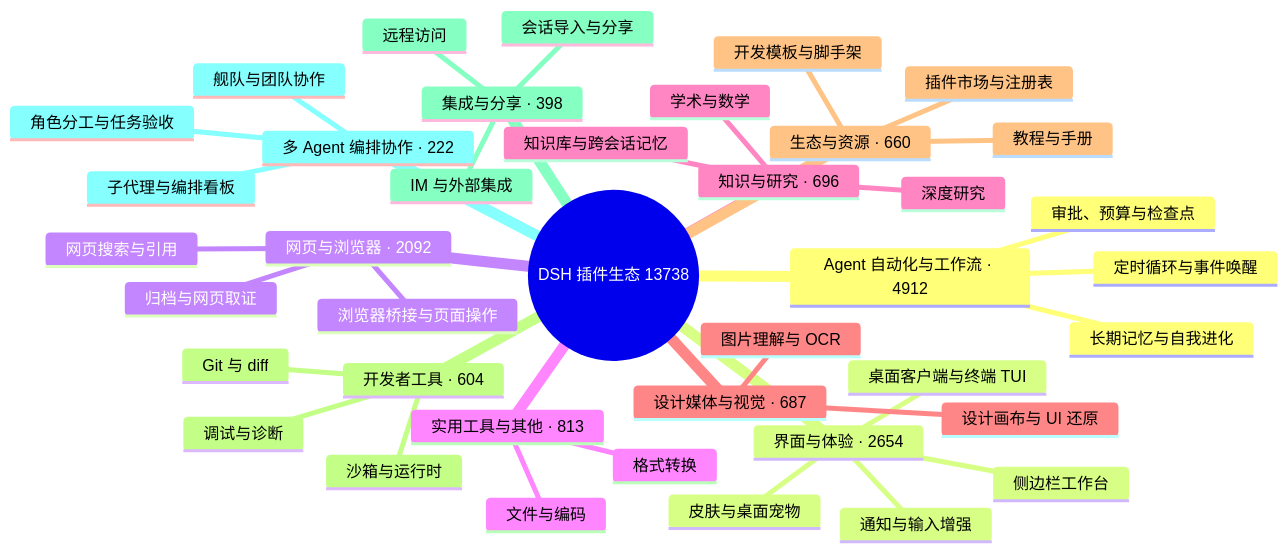
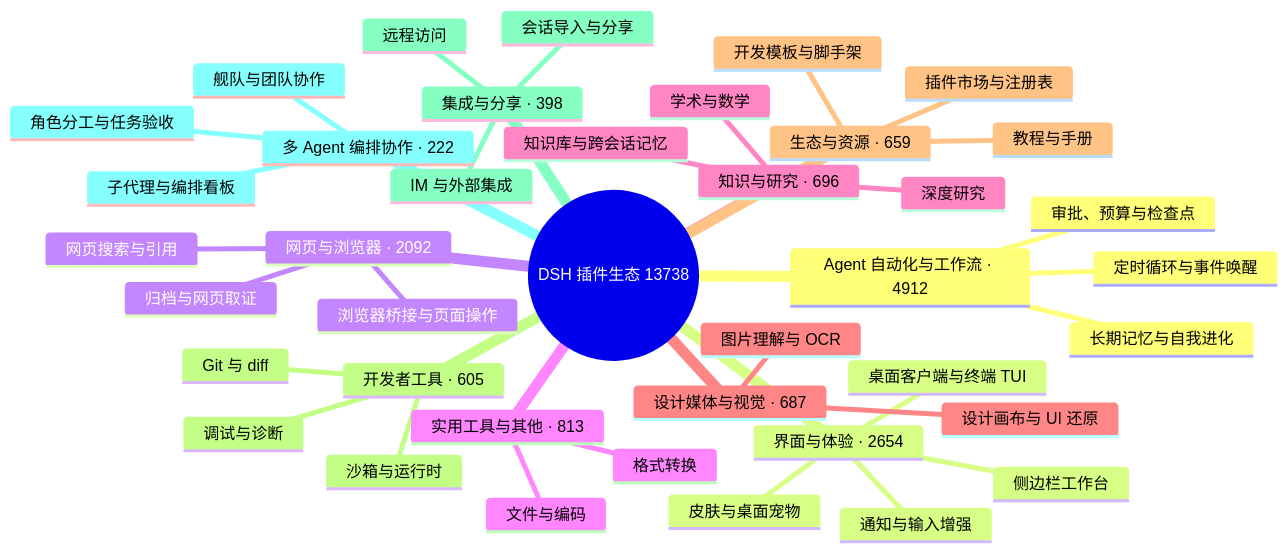
The diagram in README.md (bruc3van/awesome-dsh-plugin), drawn with Mermaid before and after one commit. The commit also changed 6 other files, not shown here.

````diff
--- a/README.md
+++ b/README.md
@@ -32,43 +32,43 @@
 ```mermaid
 mindmap
   root((DSH 插件生态 13738))
     Agent 自动化与工作流 · 4912
       定时循环与事件唤醒
       长期记忆与自我进化
       审批、预算与检查点
     界面与体验 · 2654
       桌面客户端与终端 TUI
       侧边栏工作台
       皮肤与桌面宠物
       通知与输入增强
     网页与浏览器 · 2092
       浏览器桥接与页面操作
       网页搜索与引用
       归档与网页取证
     实用工具与其他 · 813
       文件与编码
       格式转换
     知识与研究 · 696
       知识库与跨会话记忆
       深度研究
       学术与数学
     设计媒体与视觉 · 687
       图片理解与 OCR
       设计画布与 UI 还原
-    生态与资源 · 660
+    生态与资源 · 659
       插件市场与注册表
       开发模板与脚手架
       教程与手册
-    开发者工具 · 604
+    开发者工具 · 605
       Git 与 diff
       沙箱与运行时
       调试与诊断
     集成与分享 · 398
       会话导入与分享
       远程访问
       IM 与外部集成
     多 Agent 编排协作 · 222
       子代理与编排看板
       舰队与团队协作
       角色分工与任务验收
 ```
````
